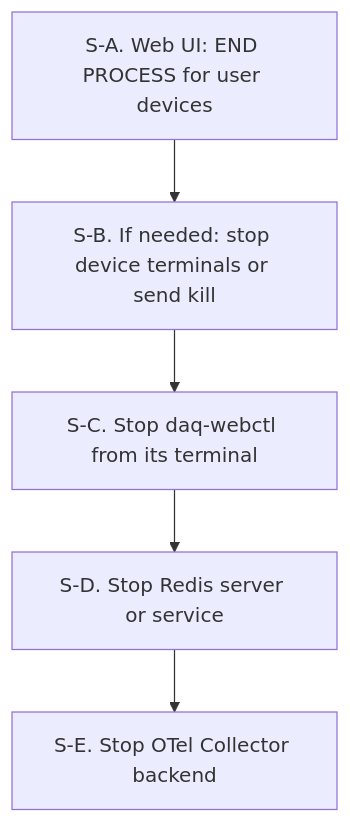
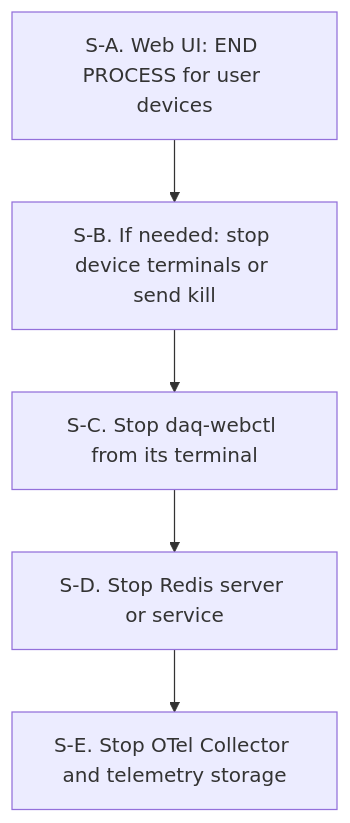
Before and after one commit to tntakahashi/nestdaq: the second of 2 diagrams in examples/README.md, drawn with Mermaid. The commit also changed other lines of this file and 1 other file, not shown here.

First line of the commit message:
docs: replace generic backend wording in examples

````diff
--- a/examples/README.md
+++ b/examples/README.md
@@ -299,10 +300,10 @@
 ```mermaid
 flowchart TD
   End[S-A. Web UI: END PROCESS for user devices]
   DeviceFallback[S-B. If needed: stop device terminals or send kill]
   WebCtl[S-C. Stop daq-webctl from its terminal]
   Redis[S-D. Stop Redis server or service]
-  Otel[S-E. Stop OTel Collector backend]
+  Otel[S-E. Stop OTel Collector and telemetry storage]
 
   End --> DeviceFallback --> WebCtl --> Redis --> Otel
 ```
````
